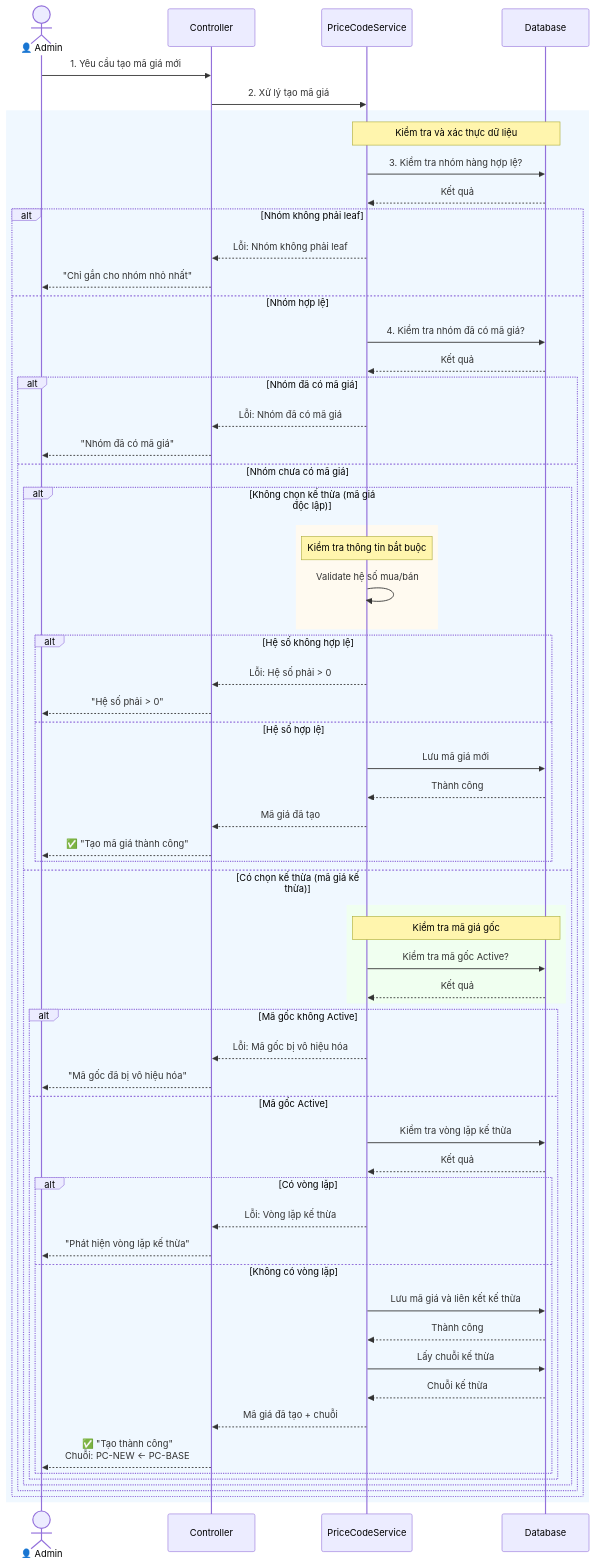
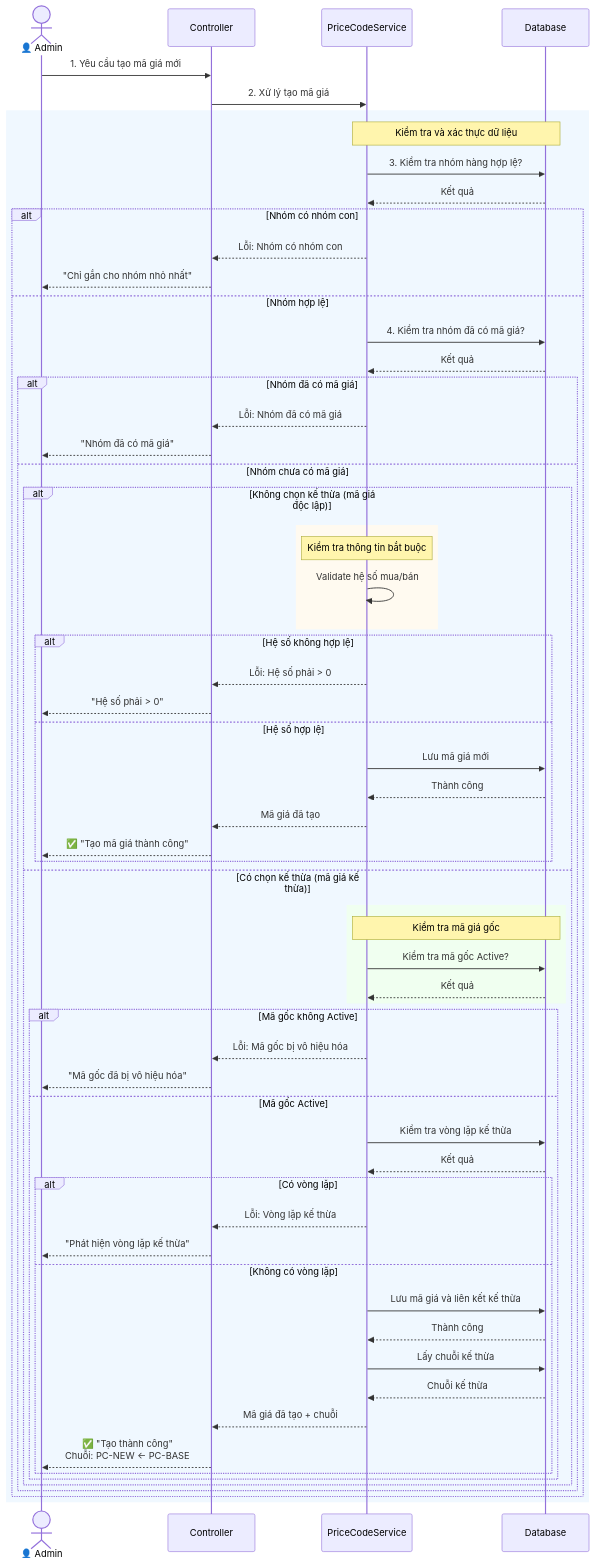
Before and after one commit to leonardodajarviis/pos-docs: the third of 4 diagrams in MA-GIA/UC-MAGIA-01-TAO-MOI.md, drawn with Mermaid. The commit also changed other lines of this file and 1 other file, not shown here.

````diff
--- a/MA-GIA/UC-MAGIA-01-TAO-MOI.md
+++ b/MA-GIA/UC-MAGIA-01-TAO-MOI.md
@@ -304,75 +304,75 @@
 ```mermaid
 sequenceDiagram
     actor Admin as 👤 Admin
     participant Controller as Controller
     participant Service as PriceCodeService
     participant DB as Database
     
     Admin->>Controller: 1. Yêu cầu tạo mã giá mới
     Controller->>Service: 2. Xử lý tạo mã giá
     
     rect rgb(240, 248, 255)
         Note over Service,DB: Kiểm tra và xác thực dữ liệu
         
         Service->>DB: 3. Kiểm tra nhóm hàng hợp lệ?
         DB-->>Service: Kết quả
         
-        alt Nhóm không phải leaf
-            Service-->>Controller: Lỗi: Nhóm không phải leaf
+        alt Nhóm có nhóm con
+            Service-->>Controller: Lỗi: Nhóm có nhóm con
             Controller-->>Admin: "Chỉ gắn cho nhóm nhỏ nhất"
         else Nhóm hợp lệ
             Service->>DB: 4. Kiểm tra nhóm đã có mã giá?
             DB-->>Service: Kết quả
             
             alt Nhóm đã có mã giá
                 Service-->>Controller: Lỗi: Nhóm đã có mã giá
                 Controller-->>Admin: "Nhóm đã có mã giá"
             else Nhóm chưa có mã giá
                 
                 alt Không chọn kế thừa (mã giá độc lập)
                     rect rgb(255, 250, 240)
                         Note over Service: Kiểm tra thông tin bắt buộc
                         Service->>Service: Validate hệ số mua/bán
                     end
                     
                     alt Hệ số không hợp lệ
                         Service-->>Controller: Lỗi: Hệ số phải > 0
                         Controller-->>Admin: "Hệ số phải > 0"
                     else Hệ số hợp lệ
                         Service->>DB: Lưu mã giá mới
                         DB-->>Service: Thành công
                         Service-->>Controller: Mã giá đã tạo
                         Controller-->>Admin: ✅ "Tạo mã giá thành công"
                     end
                     
                 else Có chọn kế thừa (mã giá kế thừa)
                     rect rgb(240, 255, 240)
                         Note over Service,DB: Kiểm tra mã giá gốc
                         Service->>DB: Kiểm tra mã gốc Active?
                         DB-->>Service: Kết quả
                     end
                     
                     alt Mã gốc không Active
                         Service-->>Controller: Lỗi: Mã gốc bị vô hiệu hóa
                         Controller-->>Admin: "Mã gốc đã bị vô hiệu hóa"
                     else Mã gốc Active
                         Service->>DB: Kiểm tra vòng lặp kế thừa
                         DB-->>Service: Kết quả
                         
                         alt Có vòng lặp
                             Service-->>Controller: Lỗi: Vòng lặp kế thừa
                             Controller-->>Admin: "Phát hiện vòng lặp kế thừa"
                         else Không có vòng lặp
                             Service->>DB: Lưu mã giá và liên kết kế thừa
                             DB-->>Service: Thành công
                             Service->>DB: Lấy chuỗi kế thừa
                             DB-->>Service: Chuỗi kế thừa
                             Service-->>Controller: Mã giá đã tạo + chuỗi
                             Controller-->>Admin: ✅ "Tạo thành công"<br/>Chuỗi: PC-NEW ← PC-BASE
                         end
                     end
                 end
             end
         end
     end
 ```
````
